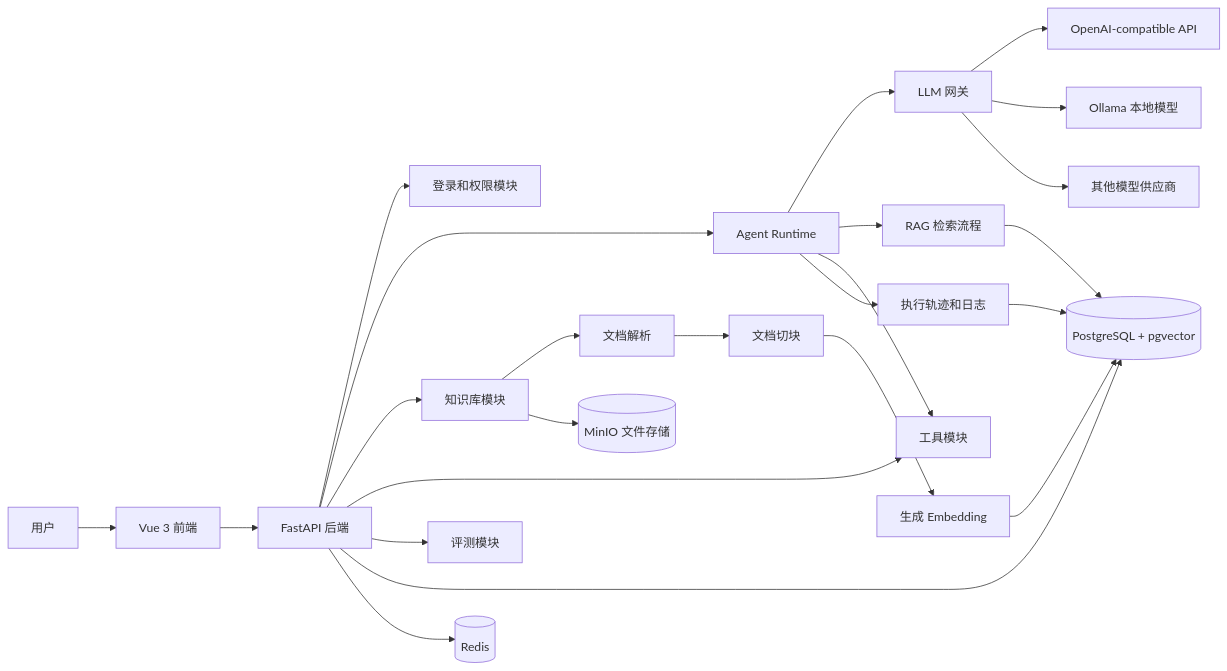
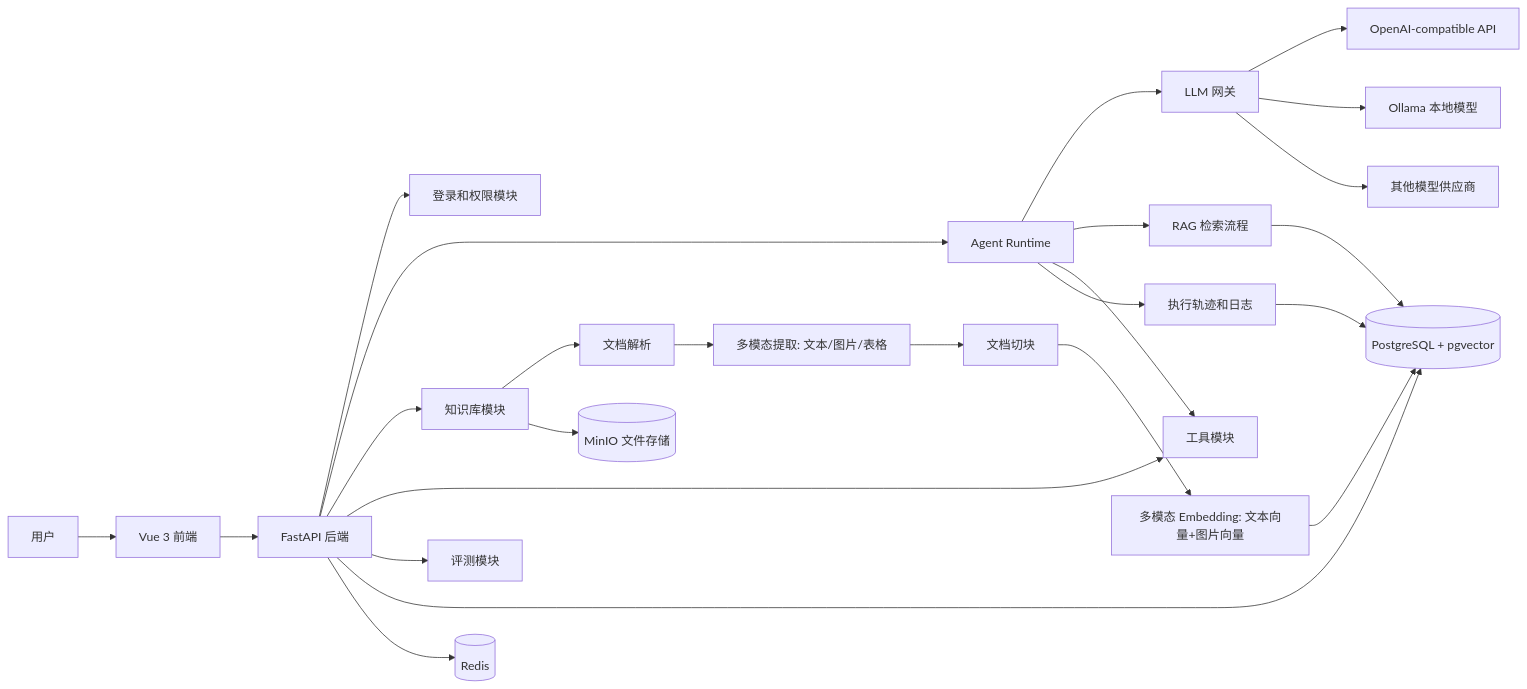
One commit to FlowerRiverTears/AgentPilot changed the second of 3 diagrams in FLOWCHART.md. Above: the diagram before and after it, drawn with Mermaid. The commit also changed other lines of this file and 29 other files, not shown here.

````diff
--- a/FLOWCHART.md
+++ b/FLOWCHART.md
@@ -29,32 +29,33 @@
 ```mermaid
 flowchart LR
     U[用户] --> FE[Vue 3 前端]
     FE --> API[FastAPI 后端]
 
     API --> AUTH[登录和权限模块]
     API --> AGENT[Agent Runtime]
     API --> KB[知识库模块]
     API --> TOOL[工具模块]
     API --> EVAL[评测模块]
 
     AGENT --> LLM[LLM 网关]
     AGENT --> RAG[RAG 检索流程]
     AGENT --> TOOL
 
     KB --> PARSE[文档解析]
-    PARSE --> CHUNK[文档切块]
-    CHUNK --> EMB[生成 Embedding]
+    PARSE --> MEDIA[多模态提取: 文本/图片/表格]
+    MEDIA --> CHUNK[文档切块]
+    CHUNK --> EMB[多模态 Embedding: 文本向量+图片向量]
     EMB --> PG[(PostgreSQL + pgvector)]
 
     RAG --> PG
     API --> PG
     API --> REDIS[(Redis)]
     KB --> MINIO[(MinIO 文件存储)]
 
     LLM --> OPENAI[OpenAI-compatible API]
     LLM --> OLLAMA[Ollama 本地模型]
     LLM --> OTHER[其他模型供应商]
 
     AGENT --> TRACE[执行轨迹和日志]
     TRACE --> PG
 ```
````
